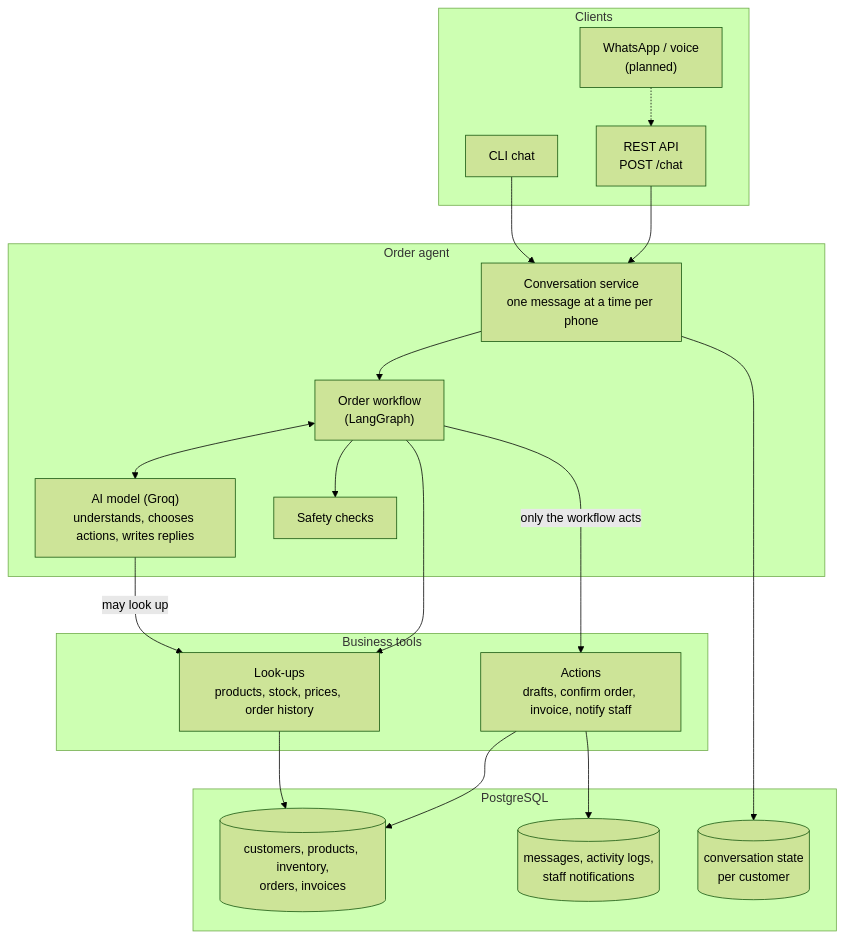
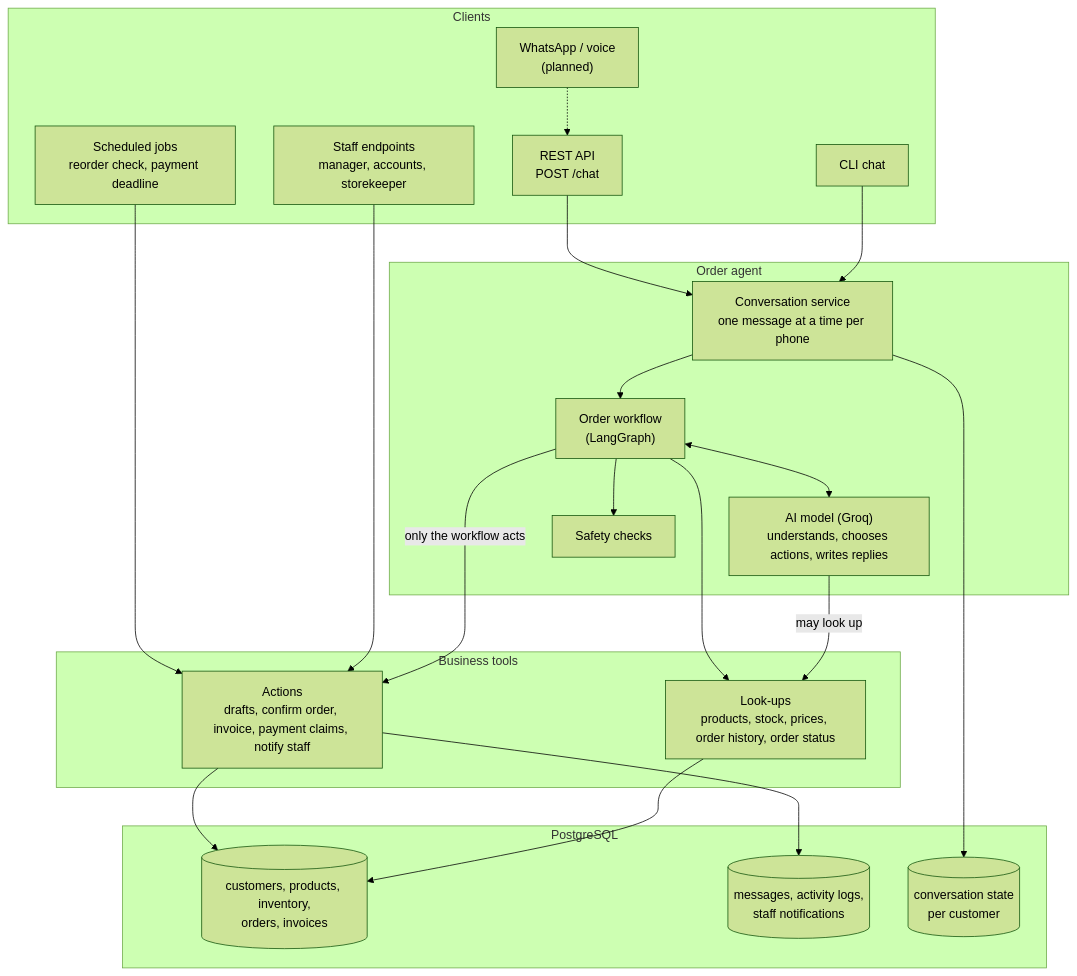
One commit to Nazir-Ahmed72/bizflow-ai changed the first of 11 diagrams in README.md. Above: the diagram before and after it, drawn with Mermaid (forest theme). The commit also changed other lines of this file and 18 other files, not shown here.

Commit message:
Payments: online advance payment with accountant verification, 24h deadline, supplier invoices

````diff
--- a/README.md
+++ b/README.md
@@ -80,40 +97,44 @@
 ```mermaid
 flowchart TB
     subgraph Clients
         CLI["CLI chat"]
         API["REST API<br/>POST /chat"]
+        Staff["Staff endpoints<br/>manager, accounts, storekeeper"]
+        Jobs["Scheduled jobs<br/>reorder check, payment deadline"]
         Future["WhatsApp / voice<br/>(planned)"]
     end
 
     subgraph Agent["Order agent"]
         Service["Conversation service<br/>one message at a time per phone"]
         Graph["Order workflow<br/>(LangGraph)"]
         LLM["AI model (Groq)<br/>understands, chooses actions, writes replies"]
         Guards["Safety checks"]
     end
 
     subgraph Tools["Business tools"]
-        Read["Look-ups<br/>products, stock, prices, order history"]
-        Write["Actions<br/>drafts, confirm order, invoice, notify staff"]
+        Read["Look-ups<br/>products, stock, prices, order history, order status"]
+        Write["Actions<br/>drafts, confirm order, invoice, payment claims, notify staff"]
     end
 
     subgraph DB["PostgreSQL"]
         Business[("customers, products, inventory,<br/>orders, invoices")]
         Audit[("messages, activity logs,<br/>staff notifications")]
         Checkpoints[("conversation state<br/>per customer")]
     end
 
     CLI --> Service
     API --> Service
     Future -.-> API
     Service --> Graph
     Graph <--> LLM
     Graph --> Guards
     LLM -- "may look up" --> Read
     Graph -- "only the workflow acts" --> Write
+    Staff --> Write
+    Jobs --> Write
     Graph --> Read
     Read --> Business
     Write --> Business
     Write --> Audit
     Service --> Checkpoints
 ```
````
